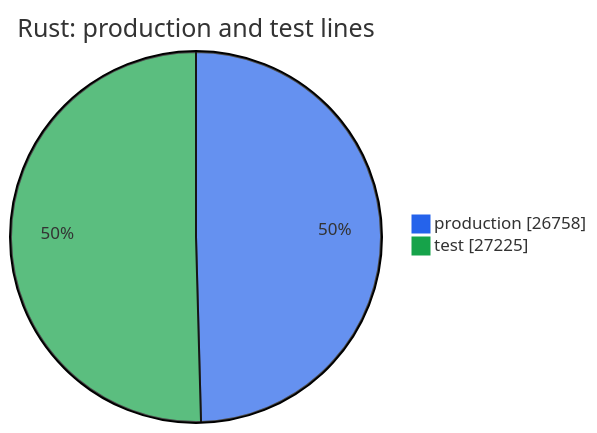
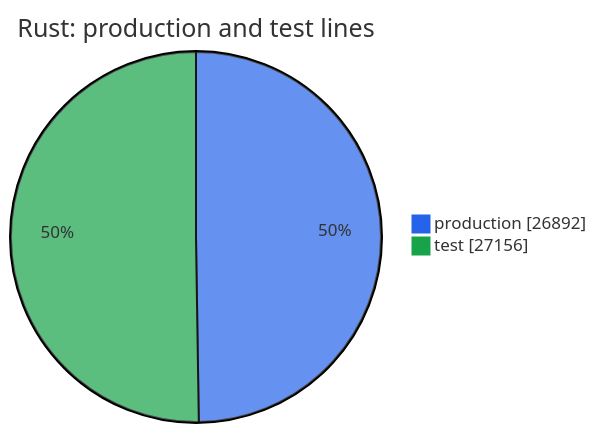
One commit to thomascherickal/ferrum-gpu changed the second of 2 diagrams in metrics.md. Above: the diagram before and after it, drawn with Mermaid. The commit also changed other lines of this file and 153 other files, not shown here.

````diff
--- a/metrics.md
+++ b/metrics.md
@@ -35,6 +35,6 @@
 ```mermaid
 %%{init: {"theme": "base", "themeVariables": {"pie1": "#2563eb", "pie2": "#16a34a", "pie3": "#d97706", "pie4": "#db2777", "pie5": "#7c3aed", "pie6": "#0891b2", "pie7": "#65a30d", "pie8": "#dc2626"}}}%%
 pie showData title Rust: production and test lines
-    "production" : 26758
-    "test" : 27225
+    "production" : 26892
+    "test" : 27156
 ```
````
